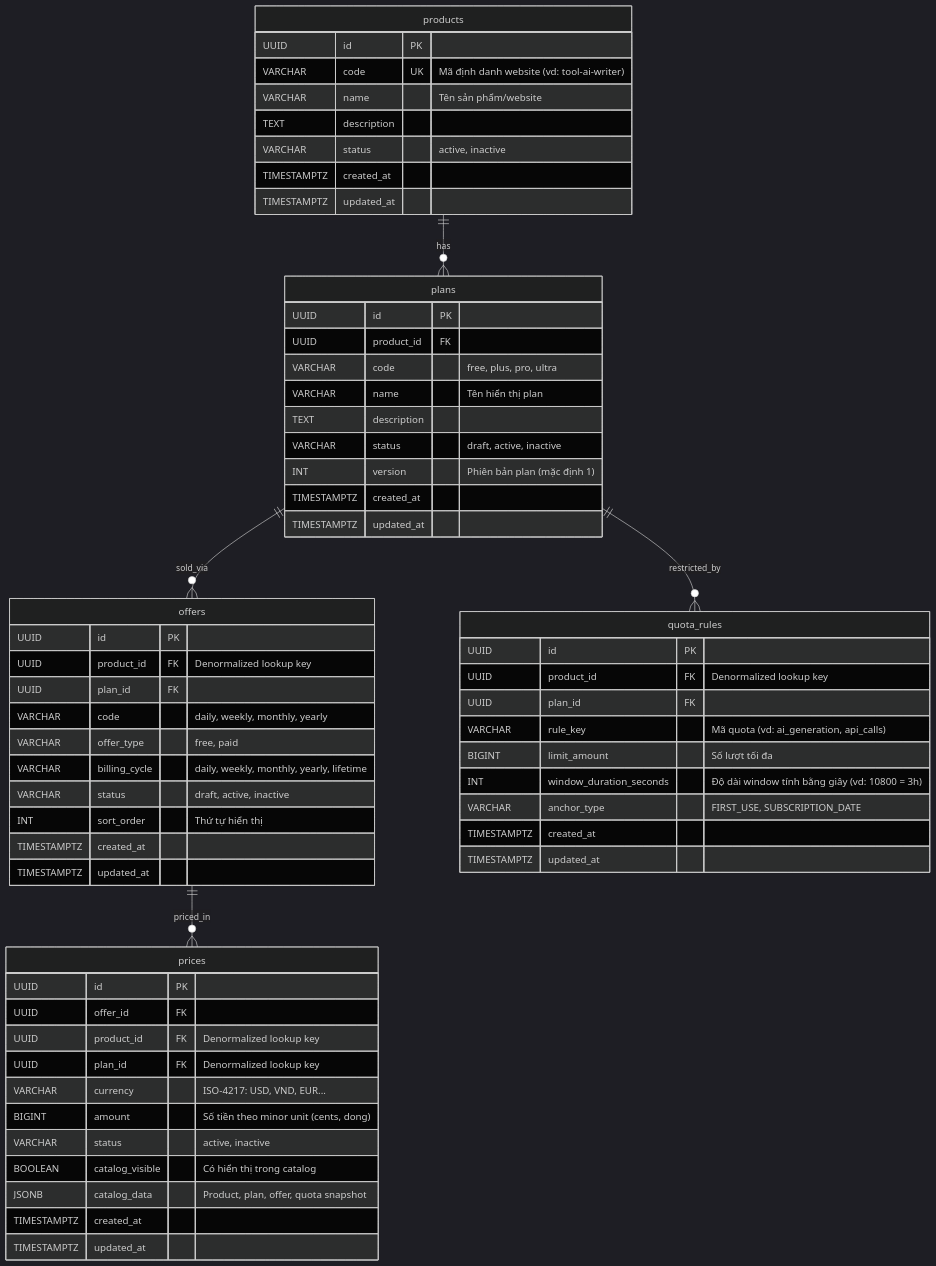
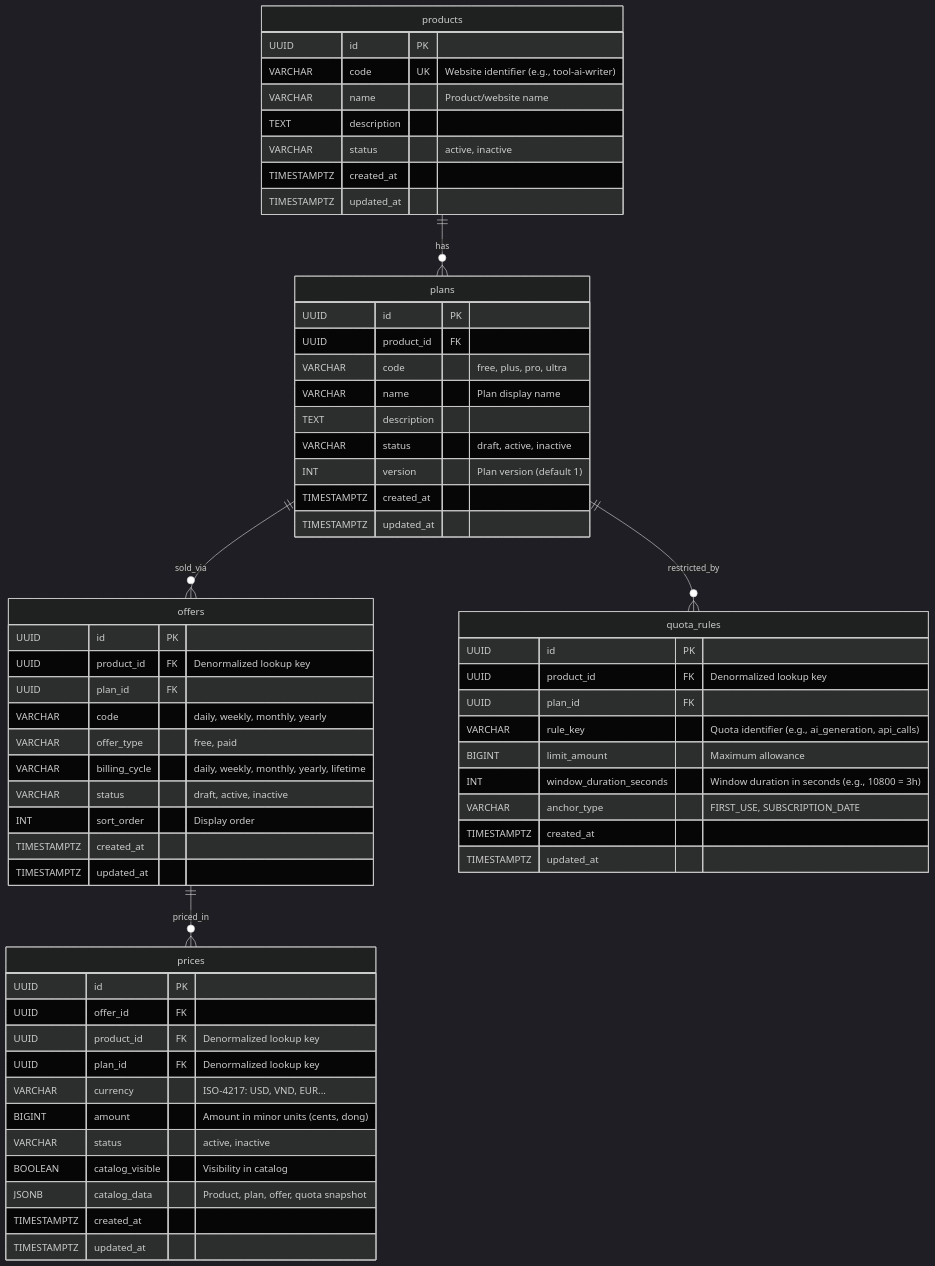
One commit to leetun2k2/go-product changed the diagram in specs/2026-10-06-database-schema.md. Above: the diagram before and after it, drawn with Mermaid (dark theme). The commit also changed other lines of this file and 1 other file, not shown here.

Commit message:
Update database schema and product catalog service documentation to reflect English translations and clarify specifications

````diff
--- a/specs/2026-10-06-database-schema.md
+++ b/specs/2026-10-06-database-schema.md
@@ -21,68 +21,68 @@
 ```mermaid
 erDiagram
     products ||--o{ plans : "has"
     plans ||--o{ offers : "sold_via"
     offers ||--o{ prices : "priced_in"
     plans ||--o{ quota_rules : "restricted_by"
 
     products {
         UUID id PK
-        VARCHAR code UK "Mã định danh website (vd: tool-ai-writer)"
-        VARCHAR name "Tên sản phẩm/website"
+        VARCHAR code UK "Website identifier (e.g., tool-ai-writer)"
+        VARCHAR name "Product/website name"
         TEXT description
         VARCHAR status "active, inactive"
         TIMESTAMPTZ created_at
         TIMESTAMPTZ updated_at
     }
 
     plans {
         UUID id PK
         UUID product_id FK
         VARCHAR code "free, plus, pro, ultra"
-        VARCHAR name "Tên hiển thị plan"
+        VARCHAR name "Plan display name"
         TEXT description
         VARCHAR status "draft, active, inactive"
-        INT version "Phiên bản plan (mặc định 1)"
+        INT version "Plan version (default 1)"
         TIMESTAMPTZ created_at
         TIMESTAMPTZ updated_at
     }
 
     offers {
         UUID id PK
         UUID product_id FK "Denormalized lookup key"
         UUID plan_id FK
         VARCHAR code "daily, weekly, monthly, yearly"
         VARCHAR offer_type "free, paid"
         VARCHAR billing_cycle "daily, weekly, monthly, yearly, lifetime"
         VARCHAR status "draft, active, inactive"
-        INT sort_order "Thứ tự hiển thị"
+        INT sort_order "Display order"
         TIMESTAMPTZ created_at
         TIMESTAMPTZ updated_at
     }
 
     prices {
         UUID id PK
         UUID offer_id FK
         UUID product_id FK "Denormalized lookup key"
         UUID plan_id FK "Denormalized lookup key"
         VARCHAR currency "ISO-4217: USD, VND, EUR..."
-        BIGINT amount "Số tiền theo minor unit (cents, dong)"
+        BIGINT amount "Amount in minor units (cents, dong)"
         VARCHAR status "active, inactive"
-        BOOLEAN catalog_visible "Có hiển thị trong catalog"
+        BOOLEAN catalog_visible "Visibility in catalog"
         JSONB catalog_data "Product, plan, offer, quota snapshot"
         TIMESTAMPTZ created_at
         TIMESTAMPTZ updated_at
     }
 
     quota_rules {
         UUID id PK
         UUID product_id FK "Denormalized lookup key"
         UUID plan_id FK
-        VARCHAR rule_key "Mã quota (vd: ai_generation, api_calls)"
-        BIGINT limit_amount "Số lượt tối đa"
-        INT window_duration_seconds "Độ dài window tính bằng giây (vd: 10800 = 3h)"
+        VARCHAR rule_key "Quota identifier (e.g., ai_generation, api_calls)"
+        BIGINT limit_amount "Maximum allowance"
+        INT window_duration_seconds "Window duration in seconds (e.g., 10800 = 3h)"
         VARCHAR anchor_type "FIRST_USE, SUBSCRIPTION_DATE"
         TIMESTAMPTZ created_at
         TIMESTAMPTZ updated_at
     }
 ```
````
